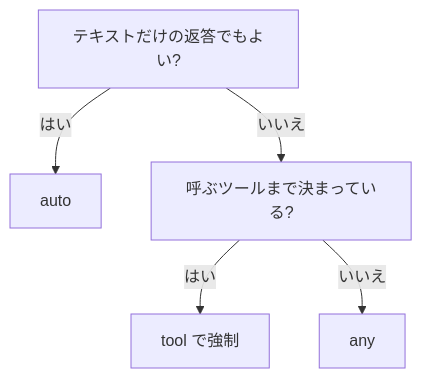
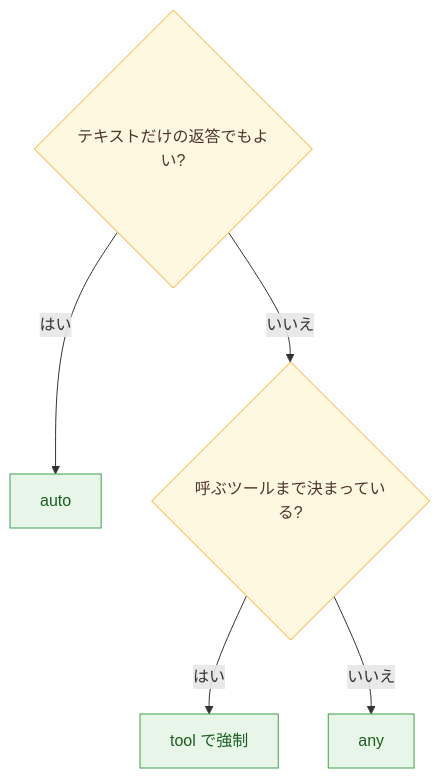
Before and after one commit to yuya-take/yuya-exam-notes: the first of 2 diagrams in ccaf/notes/02-tool-design-mcp/tool-choice.md, drawn with Mermaid. The commit also changed other lines of this file and 50 other files, not shown here.

````diff
--- a/ccaf/notes/02-tool-design-mcp/tool-choice.md
+++ b/ccaf/notes/02-tool-design-mcp/tool-choice.md
@@ -19,7 +19,11 @@
 ```mermaid
 flowchart TD
-  A[テキストだけの返答でもよい?] -- はい --> B[auto]
-  A -- いいえ --> C[呼ぶツールまで決まっている?]
+  A{"テキストだけの返答でもよい?"} -- はい --> B[auto]
+  A -- いいえ --> C{"呼ぶツールまで決まっている?"}
   C -- はい --> D[tool で強制]
   C -- いいえ --> E[any]
+  classDef judge fill:#fff8e1,stroke:#f9a825,color:#4e342e
+  classDef done fill:#e8f5e9,stroke:#43a047,color:#1b5e20
+  class A,C judge
+  class B,D,E done
 ```
````
